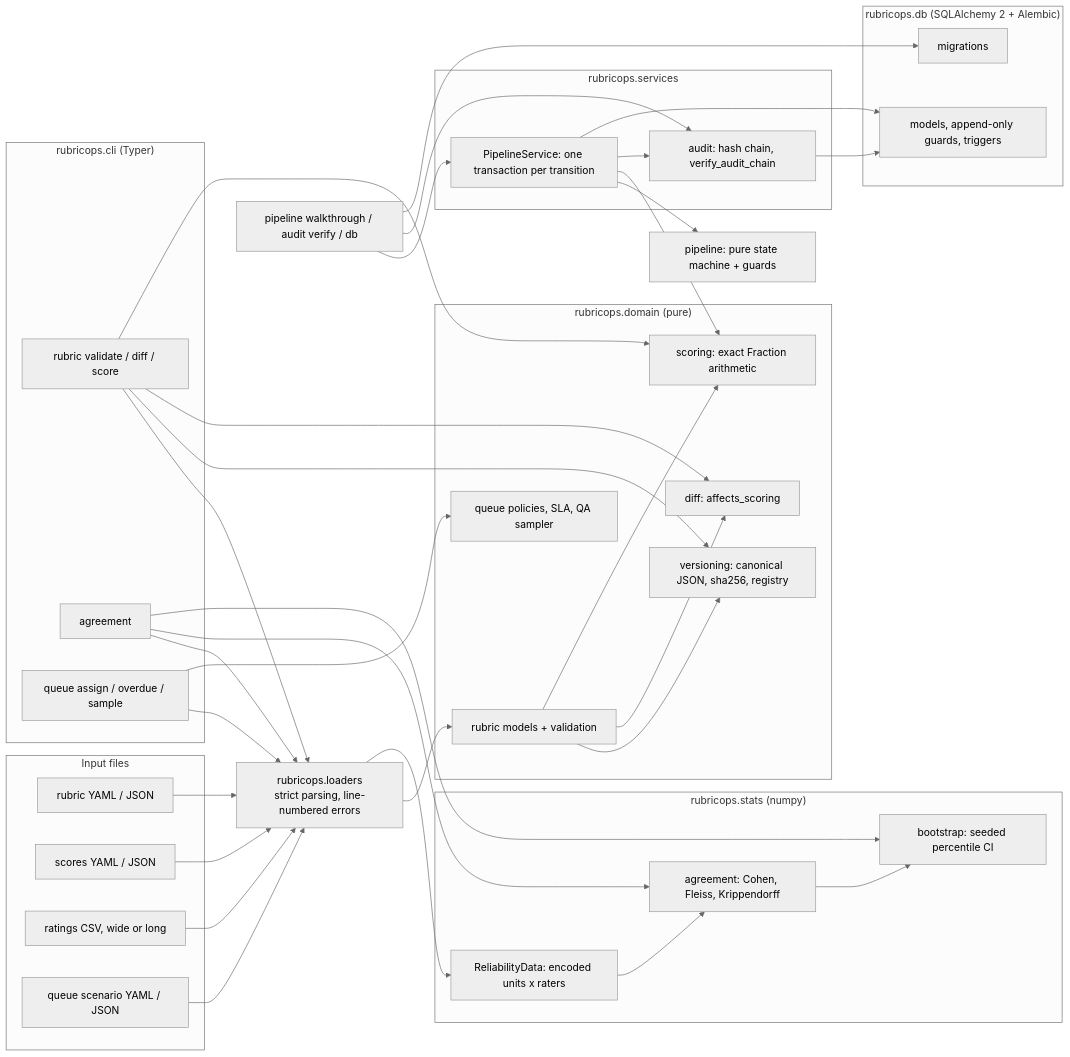
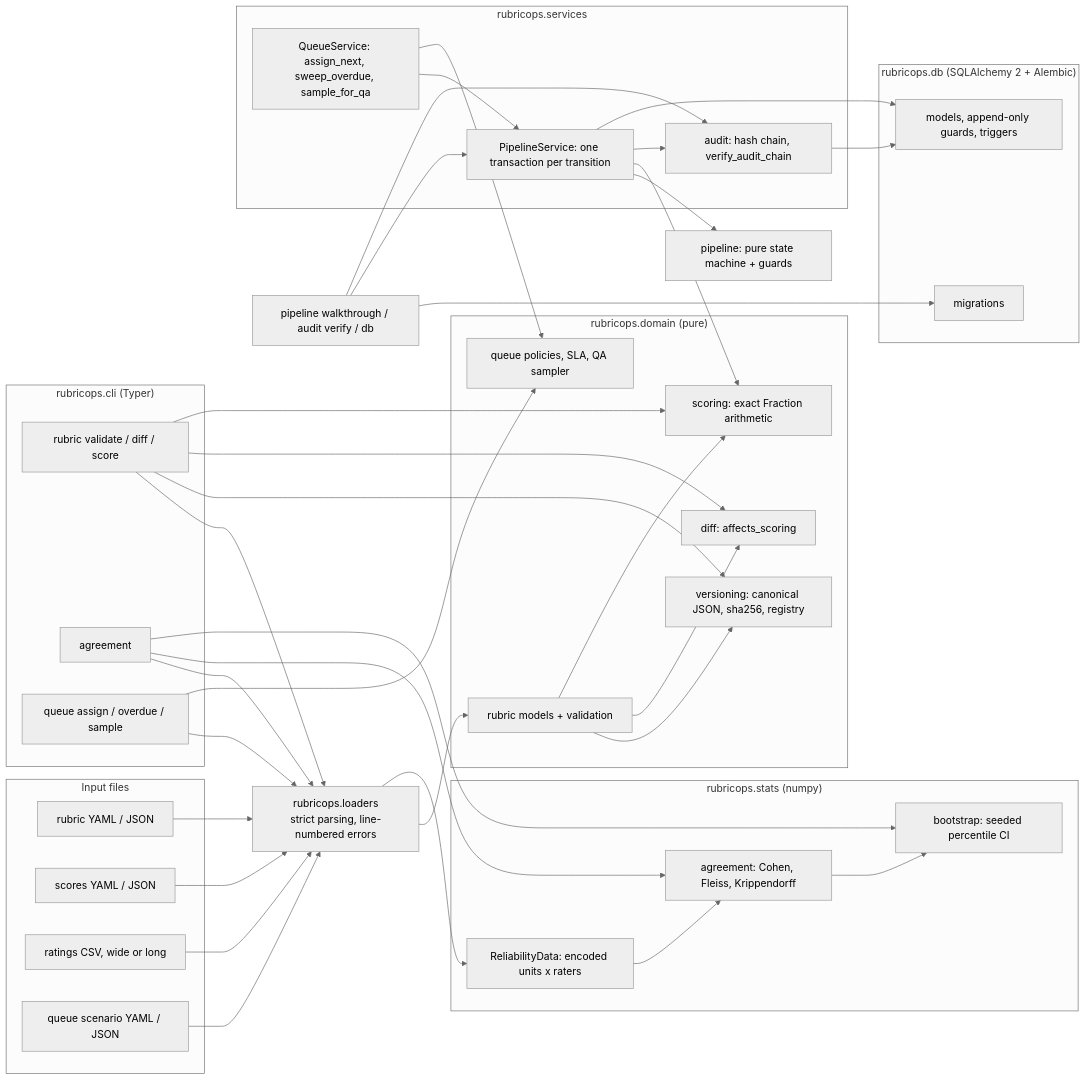
Before and after one commit to vipul21435/rubricops: the diagram in README.md, drawn with Mermaid (neutral theme). The commit also changed other lines of this file and 4 other files, not shown here.

First line of the commit message:
feat(services): wire the queue into the pipeline with assign_next, sweep_overdue and sample_for_qa

````diff
--- a/README.md
+++ b/README.md
@@ -287,65 +287,68 @@
 ```mermaid
 flowchart LR
     subgraph files["Input files"]
         RY["rubric YAML / JSON"]
         SY["scores YAML / JSON"]
         RC["ratings CSV, wide or long"]
         QY["queue scenario YAML / JSON"]
     end
     subgraph cli["rubricops.cli (Typer)"]
         C1["rubric validate / diff / score"]
         C2["agreement"]
         C4["queue assign / overdue / sample"]
     end
     L["rubricops.loaders<br/>strict parsing, line-numbered errors"]
     subgraph domain["rubricops.domain (pure)"]
         M["rubric models + validation"]
         V["versioning: canonical JSON, sha256, registry"]
         D["diff: affects_scoring"]
         S["scoring: exact Fraction arithmetic"]
         Q["queue policies, SLA, QA sampler"]
     end
     subgraph stats["rubricops.stats (numpy)"]
         RD["ReliabilityData: encoded units x raters"]
         AG["agreement: Cohen, Fleiss, Krippendorff"]
         BS["bootstrap: seeded percentile CI"]
     end
     subgraph services["rubricops.services"]
         PS["PipelineService: one transaction per transition"]
+        QS["QueueService: assign_next, sweep_overdue, sample_for_qa"]
         AU["audit: hash chain, verify_audit_chain"]
     end
     subgraph db["rubricops.db (SQLAlchemy 2 + Alembic)"]
         MO["models, append-only guards, triggers"]
         MG["migrations"]
     end
     C3["pipeline walkthrough / audit verify / db"]
     P["pipeline: pure state machine + guards"]
     RY --> L
     SY --> L
     RC --> L
     QY --> L
     C4 --> L
     C4 --> Q
     C1 --> L
     C2 --> L
     L --> M
     M --> V
     M --> D
     M --> S
     L --> RD
     RD --> AG
     AG --> BS
     C1 --> V
     C1 --> D
     C1 --> S
     C2 --> AG
     C2 --> BS
     C3 --> PS
     C3 --> AU
     C3 --> MG
     PS --> P
+    QS --> PS
+    QS --> Q
     PS --> S
     PS --> AU
     PS --> MO
     AU --> MO
 ```
````
